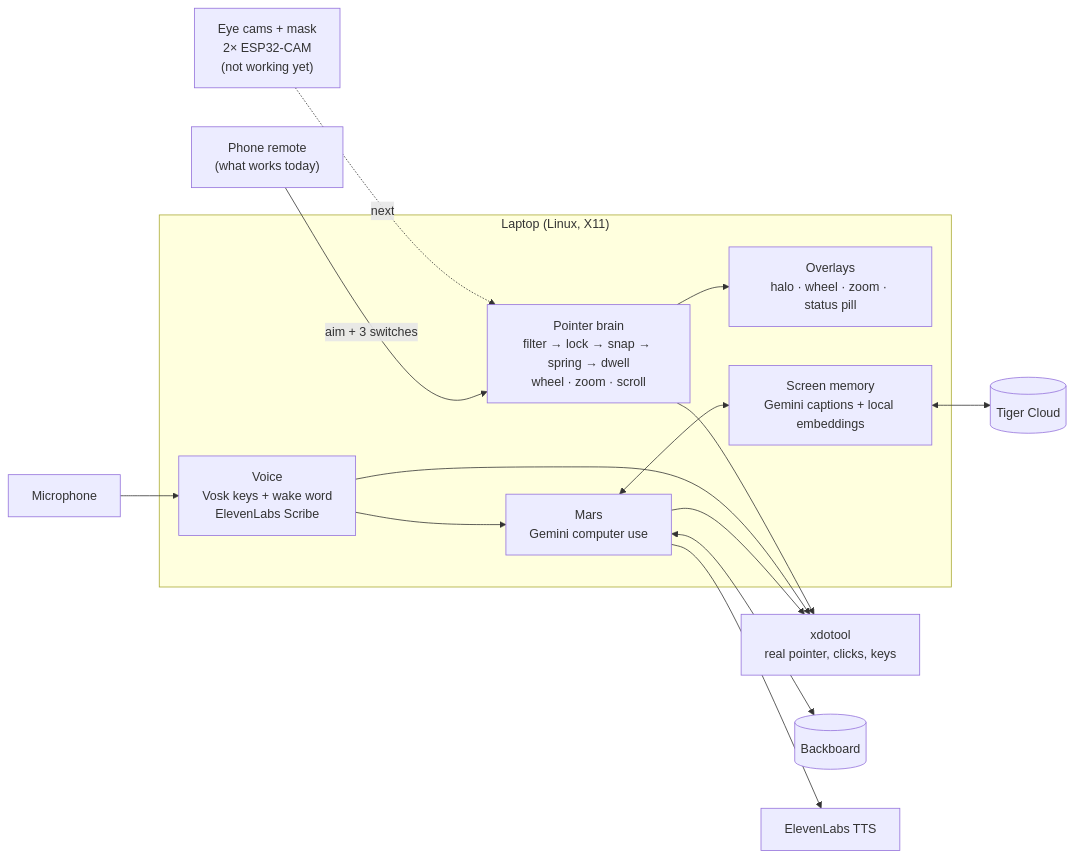
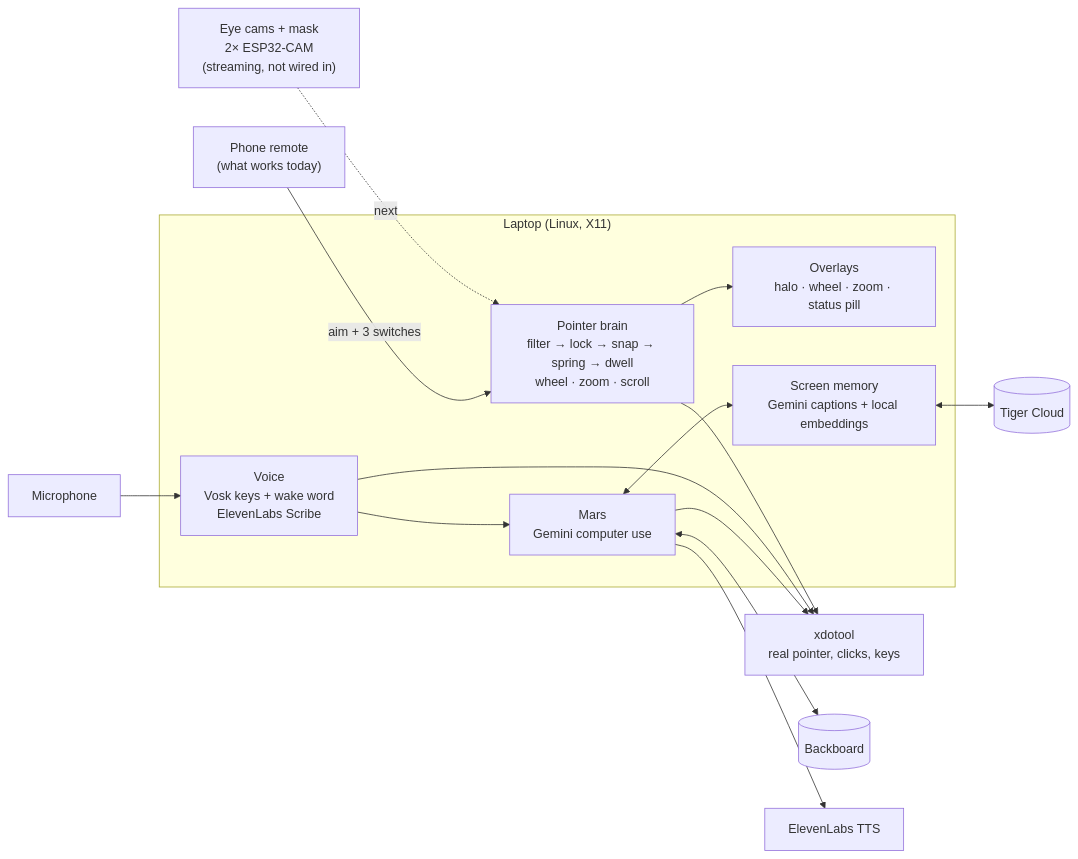
The diagram in README.md (Deiahri/mars), drawn with Mermaid before and after one commit. The commit also changed other lines of this file and 4 other files, not shown here.

````diff
--- a/README.md
+++ b/README.md
@@ -104,24 +106,24 @@
 ```mermaid
 flowchart LR
-  eyes["Eye cams + mask<br/>2× ESP32-CAM<br/>(not working yet)"] -. next .-> brain
+  eyes["Eye cams + mask<br/>2× ESP32-CAM<br/>(streaming, not wired in)"] -. next .-> brain
   phone["Phone remote<br/>(what works today)"] -- "aim + 3 switches" --> brain
   mic["Microphone"] --> voice
 
   subgraph laptop["Laptop (Linux, X11)"]
     brain["Pointer brain<br/>filter → lock → snap → spring → dwell<br/>wheel · zoom · scroll"]
     voice["Voice<br/>Vosk keys + wake word<br/>ElevenLabs Scribe"]
     mars["Mars<br/>Gemini computer use"]
     overlay["Overlays<br/>halo · wheel · zoom · status pill"]
     memory["Screen memory<br/>Gemini captions + local embeddings"]
   end
 
   brain --> xdo["xdotool<br/>real pointer, clicks, keys"]
   brain --> overlay
   voice --> xdo
   voice --> mars
   mars --> xdo
   mars <--> memory
   memory <--> tiger[("Tiger Cloud")]
   mars <--> bb[("Backboard")]
   mars --> tts["ElevenLabs TTS"]
 ```
````
